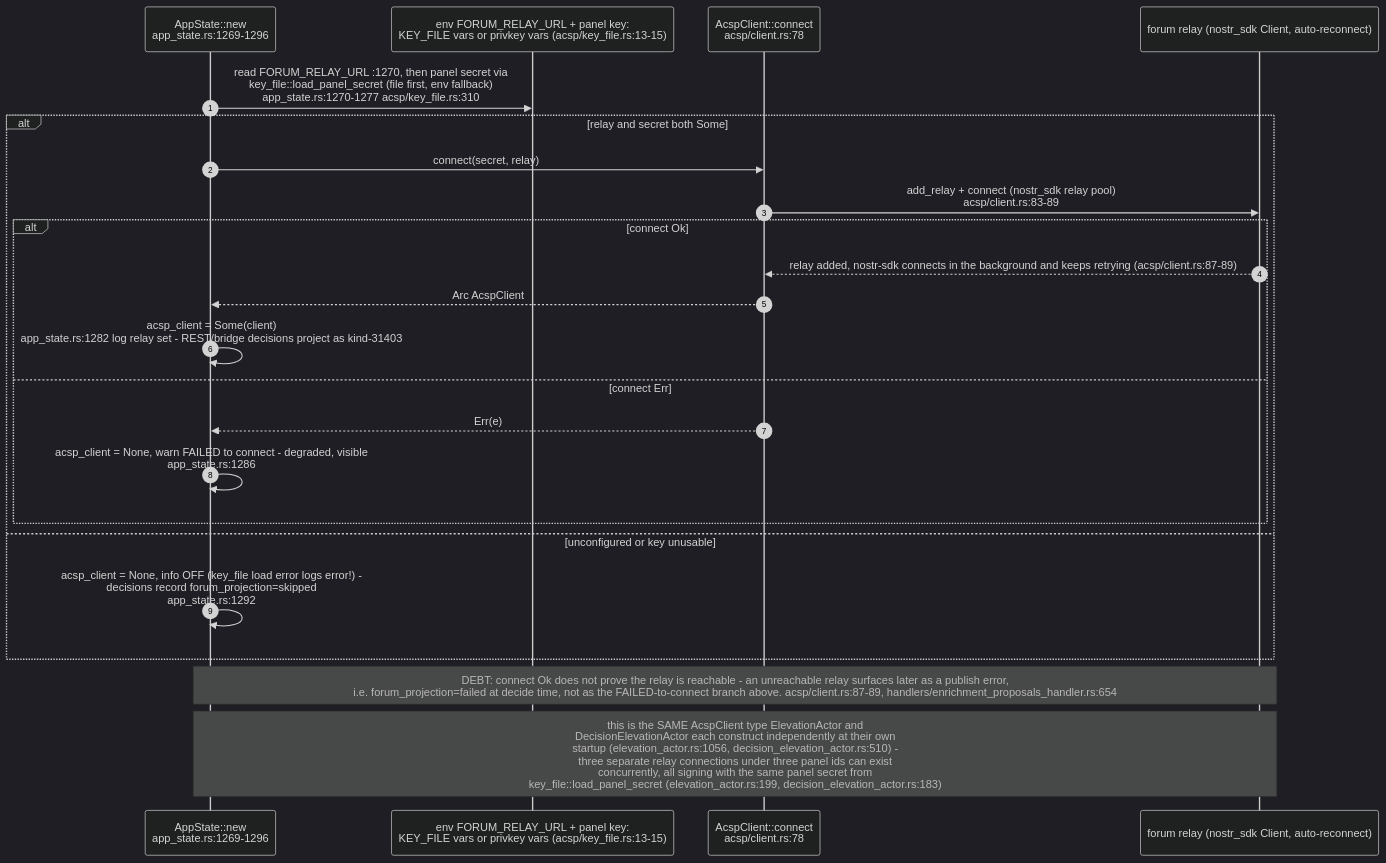
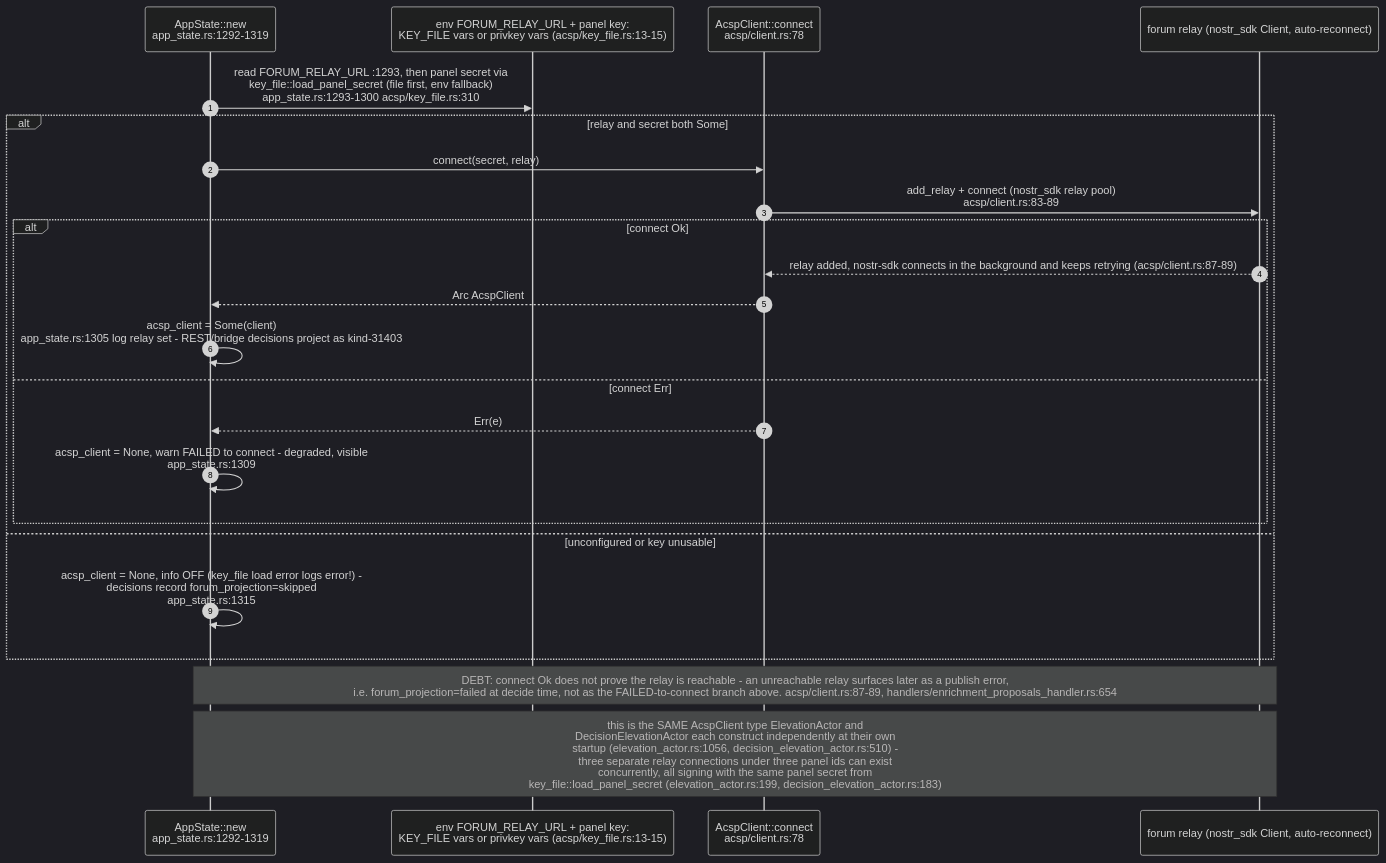
Before and after one commit to DreamLab-AI/VisionFlow: the tenth of 12 diagrams in docs/diagrams/visionclaw/24-acsp-decision-elevation.md, drawn with Mermaid (dark theme). The commit also changed other lines of this file and 49 other files, not shown here.

First line of the commit message:
docs(diagrams): re-derive and re-stamp VisionClaw, estate, knowledge-graph, visionGraph, VisionFlow and sidestr topics

````diff
--- a/docs/diagrams/visionclaw/24-acsp-decision-elevation.md
+++ b/docs/diagrams/visionclaw/24-acsp-decision-elevation.md
@@ -390,25 +390,25 @@
 ```mermaid
 sequenceDiagram
     autonumber
-    participant BOOT as AppState::new<br/>app_state.rs:1269-1296
+    participant BOOT as AppState::new<br/>app_state.rs:1292-1319
     participant ENV as env FORUM_RELAY_URL + panel key:<br/>KEY_FILE vars or privkey vars (acsp/key_file.rs:13-15)
     participant ACSP as AcspClient::connect<br/>acsp/client.rs:78
     participant RELAY as forum relay (nostr_sdk Client, auto-reconnect)
-    BOOT->>ENV: read FORUM_RELAY_URL :1270, then panel secret via<br/>key_file::load_panel_secret (file first, env fallback)<br/>app_state.rs:1270-1277 acsp/key_file.rs:310
+    BOOT->>ENV: read FORUM_RELAY_URL :1293, then panel secret via<br/>key_file::load_panel_secret (file first, env fallback)<br/>app_state.rs:1293-1300 acsp/key_file.rs:310
     alt relay and secret both Some
         BOOT->>ACSP: connect(secret, relay)
         ACSP->>RELAY: add_relay + connect (nostr_sdk relay pool)<br/>acsp/client.rs:83-89
         alt connect Ok
             RELAY-->>ACSP: relay added, nostr-sdk connects in the background and keeps retrying (acsp/client.rs:87-89)
             ACSP-->>BOOT: Arc AcspClient
-            BOOT->>BOOT: acsp_client = Some(client)<br/>app_state.rs:1282 log relay set - REST/bridge decisions project as kind-31403
+            BOOT->>BOOT: acsp_client = Some(client)<br/>app_state.rs:1305 log relay set - REST/bridge decisions project as kind-31403
         else connect Err
             ACSP-->>BOOT: Err(e)
-            BOOT->>BOOT: acsp_client = None, warn FAILED to connect - degraded, visible<br/>app_state.rs:1286
+            BOOT->>BOOT: acsp_client = None, warn FAILED to connect - degraded, visible<br/>app_state.rs:1309
         end
     else unconfigured or key unusable
-        BOOT->>BOOT: acsp_client = None, info OFF (key_file load error logs error!) -<br/>decisions record forum_projection=skipped<br/>app_state.rs:1292
+        BOOT->>BOOT: acsp_client = None, info OFF (key_file load error logs error!) -<br/>decisions record forum_projection=skipped<br/>app_state.rs:1315
     end
     Note over BOOT,RELAY: DEBT: connect Ok does not prove the relay is reachable - an unreachable relay surfaces later as a publish error,<br/>i.e. forum_projection=failed at decide time, not as the FAILED-to-connect branch above. acsp/client.rs:87-89, handlers/enrichment_proposals_handler.rs:654
     Note over BOOT,RELAY: this is the SAME AcspClient type ElevationActor and<br/>DecisionElevationActor each construct independently at their own<br/>startup (elevation_actor.rs:1056, decision_elevation_actor.rs:510) -<br/>three separate relay connections under three panel ids can exist<br/>concurrently, all signing with the same panel secret from<br/>key_file::load_panel_secret (elevation_actor.rs:199, decision_elevation_actor.rs:183)
 ```
````
